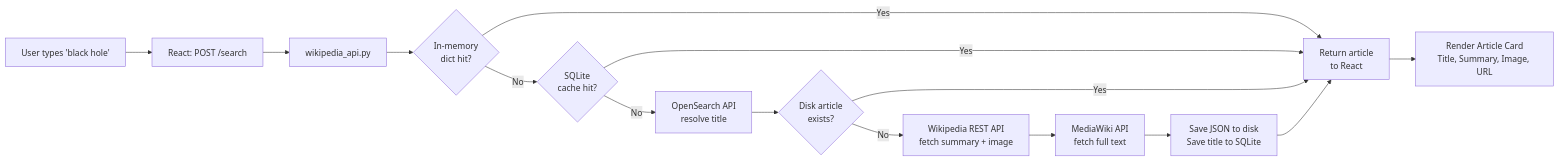
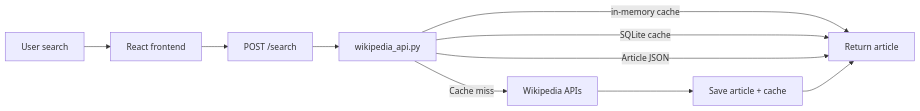
Before and after one commit to sarthak102005/ai-wikipedia-rag: the second of 3 diagrams in docs/architecture.md, drawn with Mermaid. The commit also changed other lines of this file and 19 other files, not shown here.

````diff
--- a/docs/architecture.md
+++ b/docs/architecture.md
@@ -93,17 +61,12 @@
 ```mermaid
 flowchart LR
-    A[User types 'black hole'] --> B[React: POST /search]
-    B --> C[wikipedia_api.py]
-    C --> D{In-memory\ndict hit?}
-    D -->|Yes| H
-    D -->|No| E{SQLite\ncache hit?}
-    E -->|Yes| H
-    E -->|No| F[OpenSearch API\nresolve title]
-    F --> G{Disk article\nexists?}
-    G -->|Yes| H
-    G -->|No| I[Wikipedia REST API\nfetch summary + image]
-    I --> J[MediaWiki API\nfetch full text]
-    J --> K[Save JSON to disk\nSave title to SQLite]
-    K --> H[Return article\nto React]
-    H --> L[Render Article Card\nTitle, Summary, Image, URL]
+  U[User search] --> F[React frontend]
+  F --> S[POST /search]
+  S --> W[wikipedia_api.py]
+  W -->|in-memory cache| R[Return article]
+  W -->|SQLite cache| R
+  W -->|Article JSON| R
+  W -->|Cache miss| Wiki[Wikipedia APIs]
+  Wiki --> Save[Save article + cache]
+  Save --> R
 ```
````
